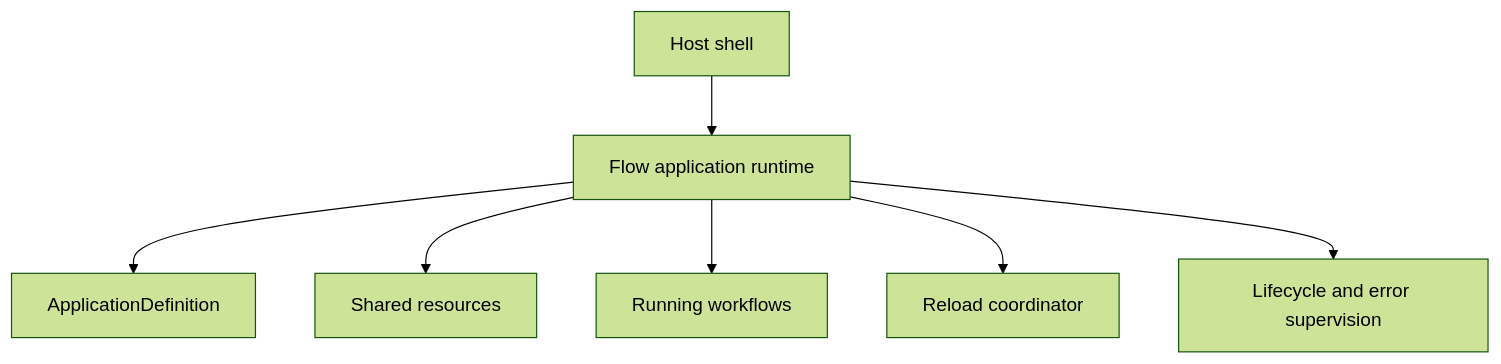
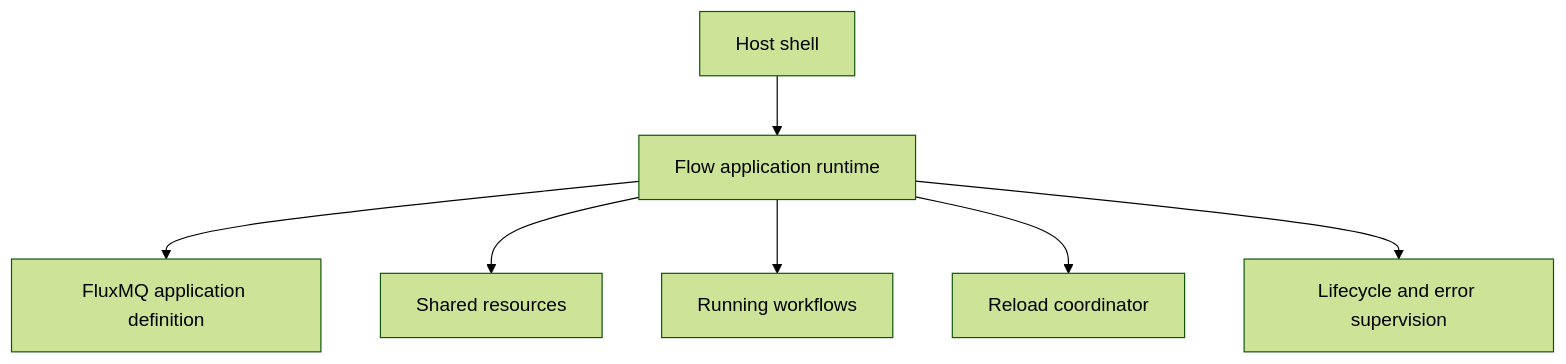
The third of 4 diagrams in docs/architecture.md (araxis/FluxMq), drawn with Mermaid (forest theme) before and after one commit. The commit also changed other lines of this file and 224 other files, not shown here.

````diff
--- a/docs/architecture.md
+++ b/docs/architecture.md
@@ -163,9 +179,9 @@
 ```mermaid
 flowchart TD
     Host["Host shell"] --> Runtime["Flow application runtime"]
-    Runtime --> Definition["ApplicationDefinition"]
+    Runtime --> Definition["FluxMQ application definition"]
     Runtime --> Resources["Shared resources"]
     Runtime --> Workflows["Running workflows"]
     Runtime --> Reload["Reload coordinator"]
     Runtime --> Supervision["Lifecycle and error supervision"]
 ```
````
